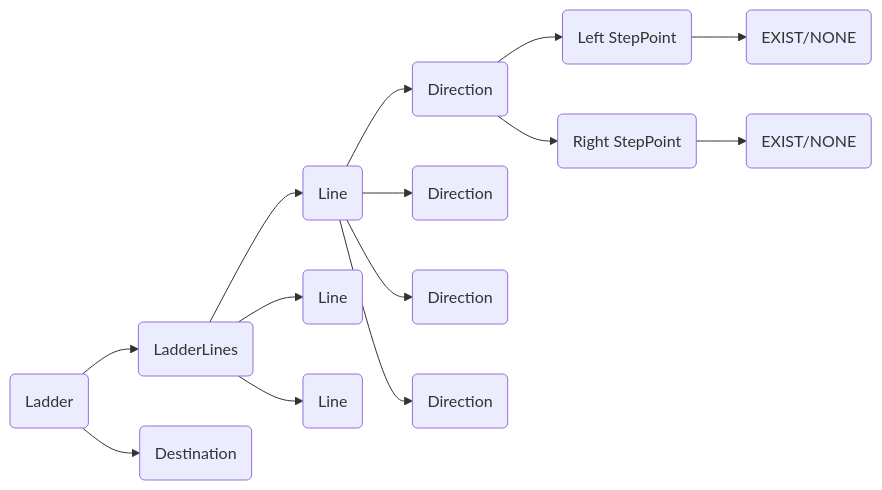
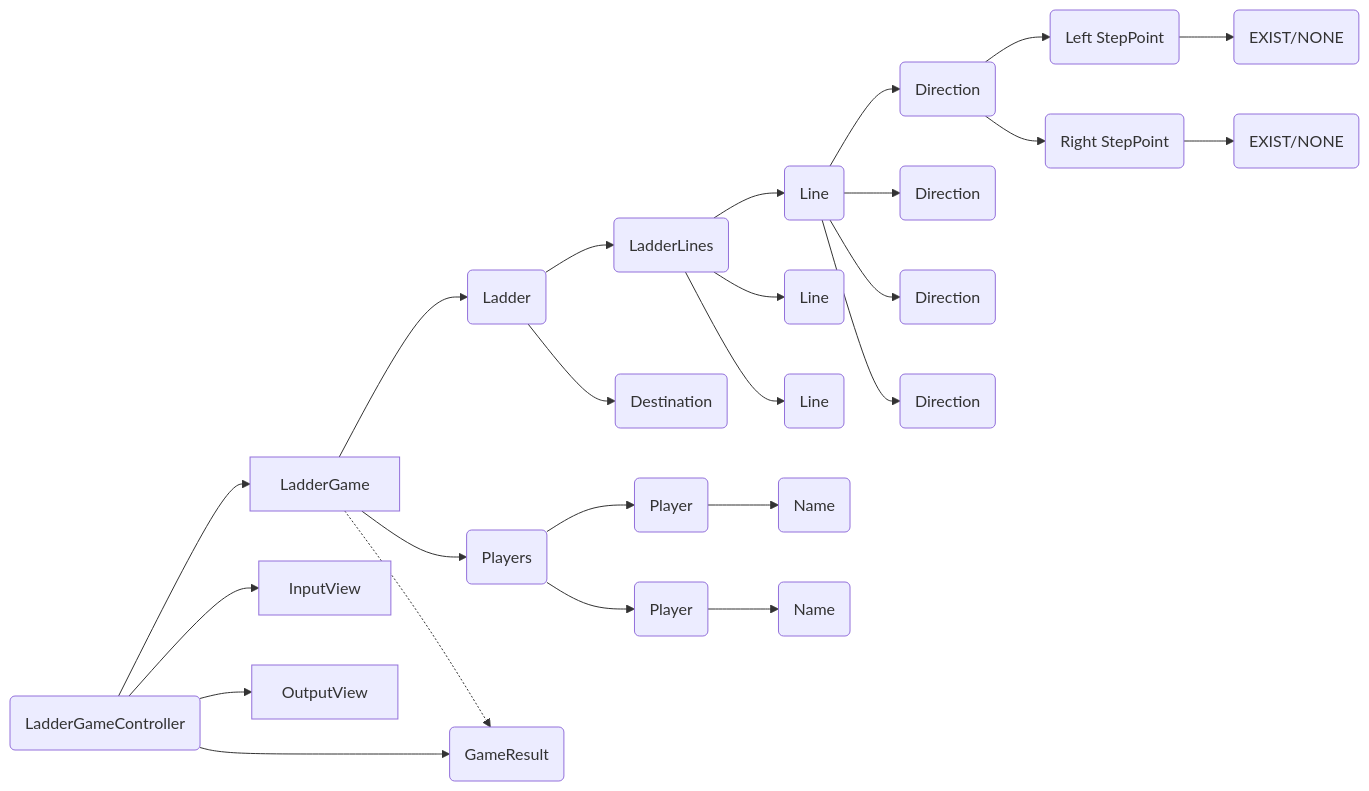
The second of 2 diagrams in README.md (woowacourse/java-ladder), drawn with Mermaid before and after one commit. The commit also changed other lines of this file and 6 other files, not shown here.

````diff
--- a/README.md
+++ b/README.md
@@ -120,22 +122,34 @@
 ```mermaid
     graph LR;
   
   la(Ladder) --> ls(LadderLines)
   la --> de(Destination);
   
   ls --> li1(Line);
   ls --> li2(Line);
   ls --> li3(Line);
   
   li1 --> d1(Direction)
   li1 --> d2(Direction)
   li1 --> d3(Direction)
   li1 --> d4(Direction)
   
   d1 --> s1(Left StepPoint)
   d1 --> s2(Right StepPoint)
   
   s1 --> b1(EXIST/NONE);  
   s2 --> b2(EXIST/NONE);
 
+	ps(Players) --> p1(Player) --> n1(Name);
+	ps(Players) --> p2(Player)--> n2(Name);
+
+	LadderGame --> la;
+	LadderGame --> ps;
+	LadderGame -.-> gr(GameResult);
+
+	gc(LadderGameController) --> LadderGame
+	gc --> InputView;
+	gc --> OutputView;
+	gc --> gr;
+
 ```
````
